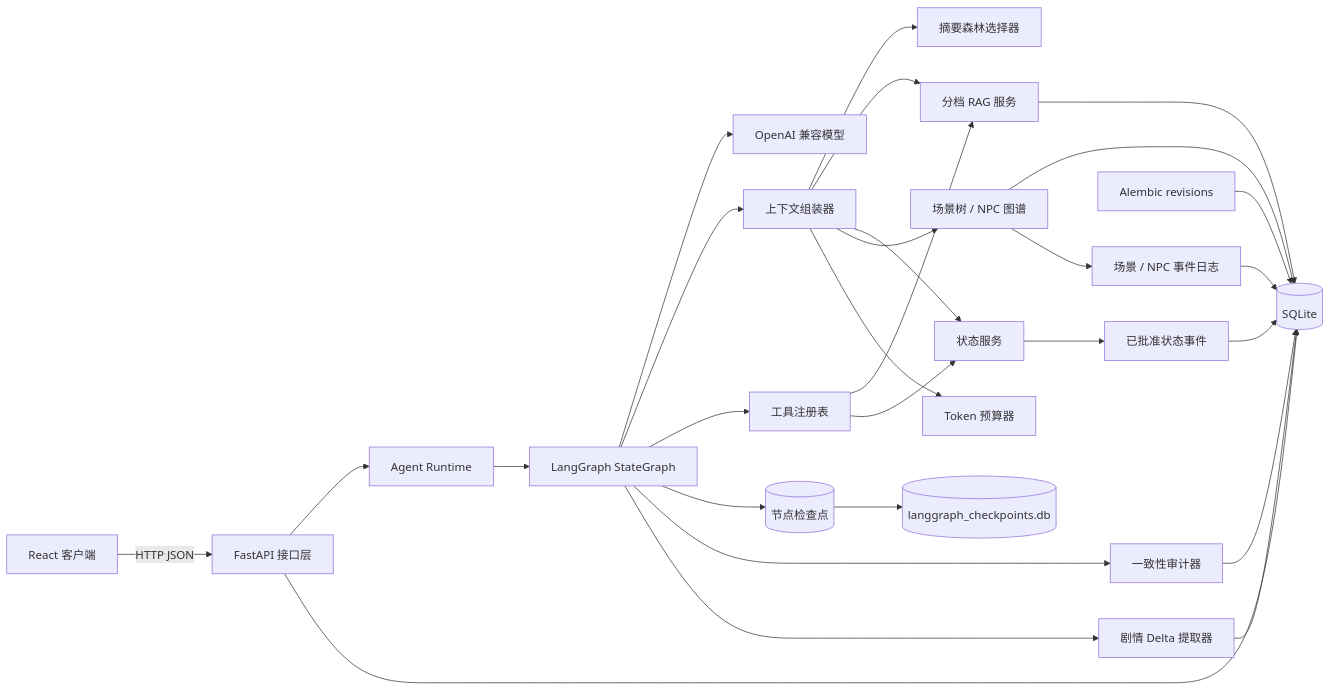
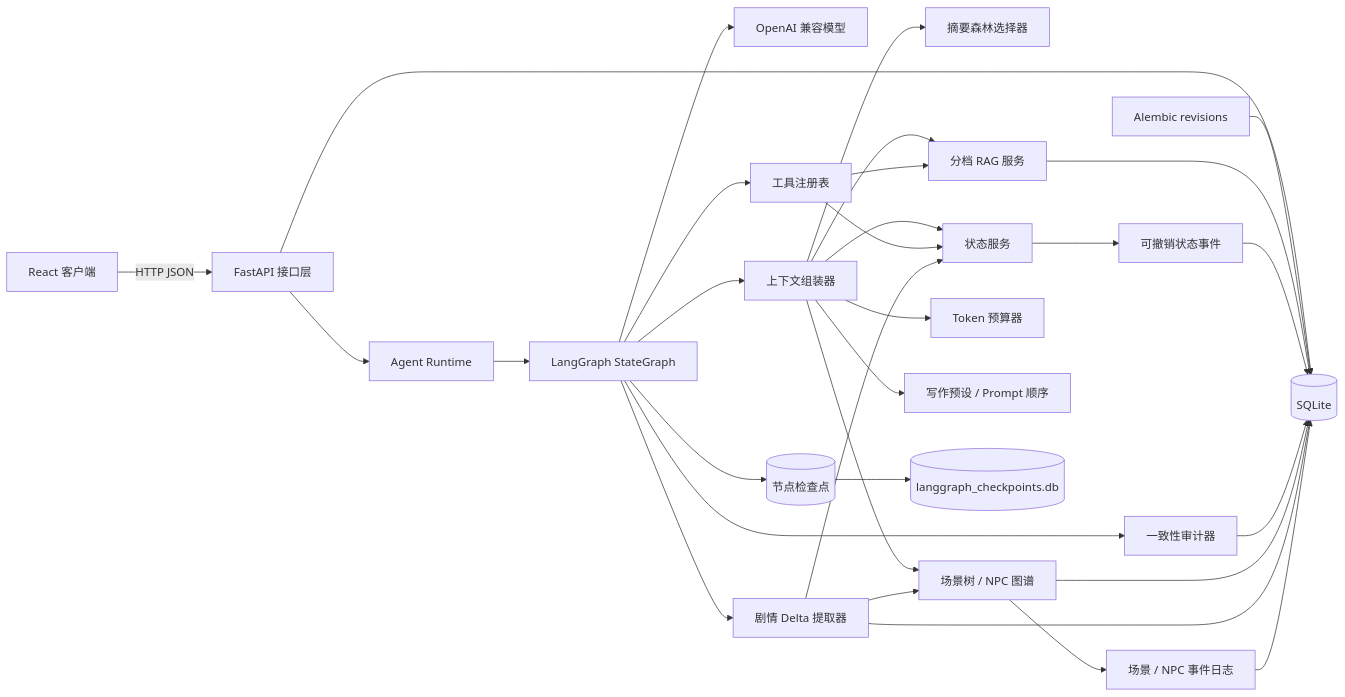
Before and after one commit to maximilian-2778/saraswati-agent: the first of 2 diagrams in docs/ARCHITECTURE.md, drawn with Mermaid. The commit also changed other lines of this file and 68 other files, not shown here.

````diff
--- a/docs/ARCHITECTURE.md
+++ b/docs/ARCHITECTURE.md
@@ -5,30 +5,33 @@
 ```mermaid
 flowchart LR
     UI[React 客户端] -->|HTTP JSON| API[FastAPI 接口层]
     API --> RT[Agent Runtime]
     RT --> LG[LangGraph StateGraph]
     LG --> LLM[OpenAI 兼容模型]
     LG --> CTX[上下文组装器]
     LG --> TOOLS[工具注册表]
     LG --> CP[(节点检查点)]
     CTX --> FOREST[摘要森林选择器]
     CTX --> MEM[分档 RAG 服务]
     CTX --> STATE[状态服务]
     CTX --> GRAPH[场景树 / NPC 图谱]
     TOOLS --> MEM
     TOOLS --> STATE
     LG --> AUDIT[一致性审计器]
     LG --> DELTA[剧情 Delta 提取器]
     CTX --> BUDGET[Token 预算器]
+    CTX --> PRESET[写作预设 / Prompt 顺序]
     API --> DB[(SQLite)]
     MIG[Alembic revisions] --> DB
     MEM --> DB
-    STATE --> EVENTS[已批准状态事件]
+    STATE --> EVENTS[可撤销状态事件]
     EVENTS --> DB
     AUDIT --> DB
     GRAPH --> DB
     DELTA --> DB
+    DELTA --> STATE
+    DELTA --> GRAPH
     CP --> DB2[(langgraph_checkpoints.db)]
     GRAPH --> GEVENTS[场景 / NPC 事件日志]
     GEVENTS --> DB
 ```
````
